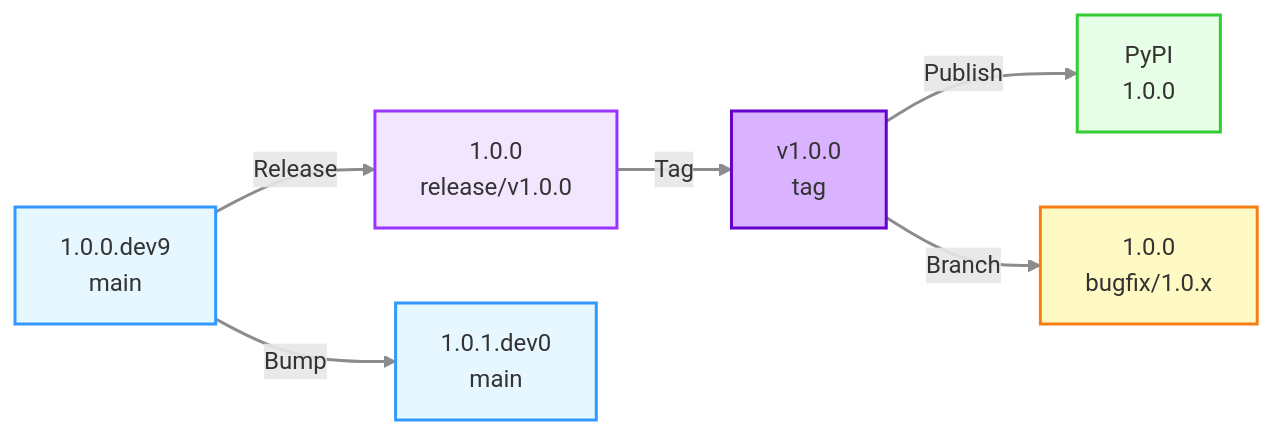
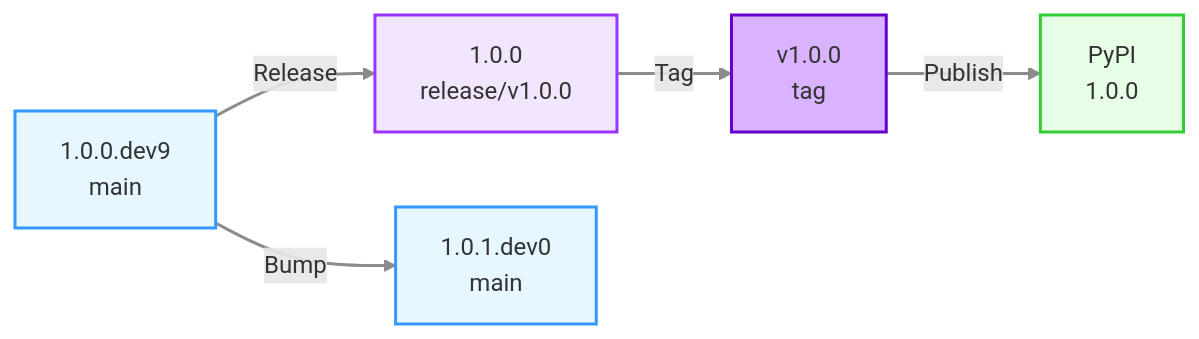
One commit to minouris/spafw37 changed the ninth of 17 diagrams in .github/RELEASE_PROCESS.md. Above: the diagram before and after it, drawn with Mermaid. The commit also changed other lines of this file and 4 other files, not shown here.

````diff
--- a/.github/RELEASE_PROCESS.md
+++ b/.github/RELEASE_PROCESS.md
@@ -902,22 +646,19 @@
 ```mermaid
 graph LR
     A[1.0.0.dev9<br/>main] -->|Release| B[1.0.0<br/>release/v1.0.0]
     B -->|Tag| C[v1.0.0<br/>tag]
     C -->|Publish| D[PyPI<br/>1.0.0]
-    C -->|Branch| E[1.0.0<br/>bugfix/1.0.x]
-    A -->|Bump| F[1.0.1.dev0<br/>main]
+    A -->|Bump| E[1.0.1.dev0<br/>main]
     
     classDef devStyle fill:#e6f7ff,stroke:#3399ff,stroke-width:2px,color:#333
     classDef releaseStyle fill:#f2e6ff,stroke:#9933ff,stroke-width:2px,color:#333
     classDef tagStyle fill:#d9b3ff,stroke:#6600cc,stroke-width:2px,color:#333
     classDef publishStyle fill:#e6ffe6,stroke:#33cc33,stroke-width:2px,color:#333
-    classDef bugfixStyle fill:#fff9c4,stroke:#f57f17,stroke-width:2px,color:#333
     
-    class A,F devStyle
+    class A,E devStyle
     class B releaseStyle
     class C tagStyle
     class D publishStyle
-    class E bugfixStyle
     
     linkStyle default stroke:#8c8c8c,stroke-width:2px
 ```
````
